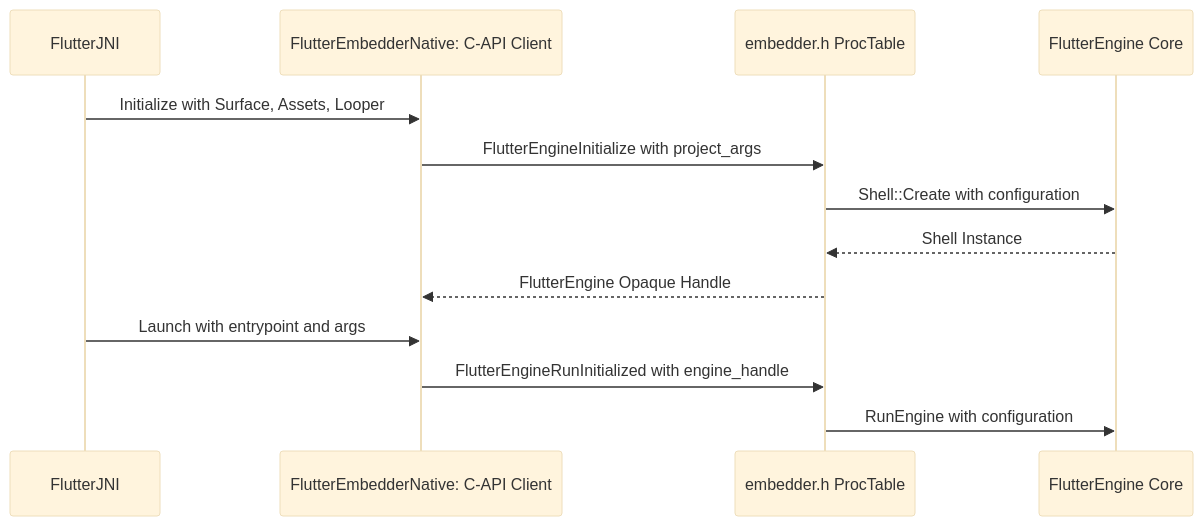
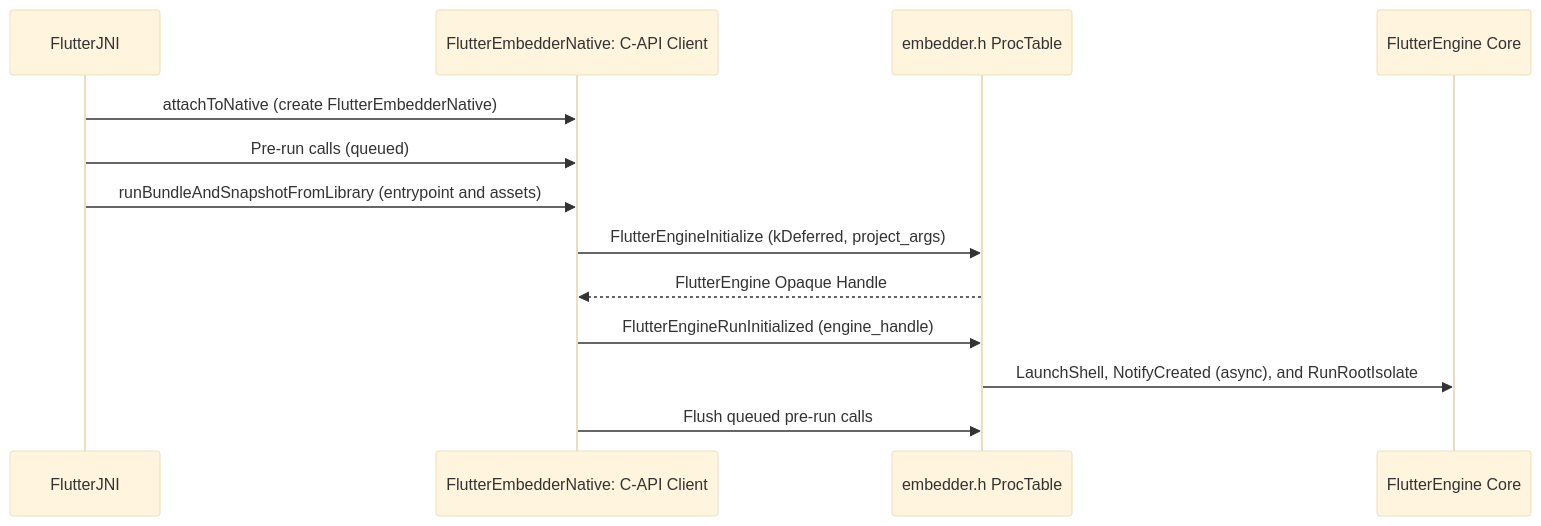
The seventh of 12 diagrams in rfc/410.0000-flutter-android-embedder-c-api-migration.md (flutter/rfc), drawn with Mermaid (base theme) before and after one commit. The commit also changed other lines of this file, not shown here.

````diff
--- a/rfc/410.0000-flutter-android-embedder-c-api-migration.md
+++ b/rfc/410.0000-flutter-android-embedder-c-api-migration.md
@@ -1676,16 +1772,16 @@
 ```mermaid
 sequenceDiagram
     participant FlutterJNI
     participant FlutterEmbedderNative as FlutterEmbedderNative: C-API Client
     participant EmbedderAPI as embedder.h ProcTable
     participant Core as FlutterEngine Core
 
-    FlutterJNI->>FlutterEmbedderNative: Initialize with Surface, Assets, Looper
-    FlutterEmbedderNative->>EmbedderAPI: FlutterEngineInitialize with project_args
-    EmbedderAPI->>Core: Shell::Create with configuration
-    Core-->>EmbedderAPI: Shell Instance
+    FlutterJNI->>FlutterEmbedderNative: attachToNative (create FlutterEmbedderNative)
+    FlutterJNI->>FlutterEmbedderNative: Pre-run calls (queued)
+    FlutterJNI->>FlutterEmbedderNative: runBundleAndSnapshotFromLibrary (entrypoint and assets)
+    FlutterEmbedderNative->>EmbedderAPI: FlutterEngineInitialize (kDeferred, project_args)
     EmbedderAPI-->>FlutterEmbedderNative: FlutterEngine Opaque Handle
-    FlutterJNI->>FlutterEmbedderNative: Launch with entrypoint and args
-    FlutterEmbedderNative->>EmbedderAPI: FlutterEngineRunInitialized with engine_handle
-    EmbedderAPI->>Core: RunEngine with configuration
+    FlutterEmbedderNative->>EmbedderAPI: FlutterEngineRunInitialized (engine_handle)
+    EmbedderAPI->>Core: LaunchShell, NotifyCreated (async), and RunRootIsolate
+    FlutterEmbedderNative->>EmbedderAPI: Flush queued pre-run calls
 ```
````
